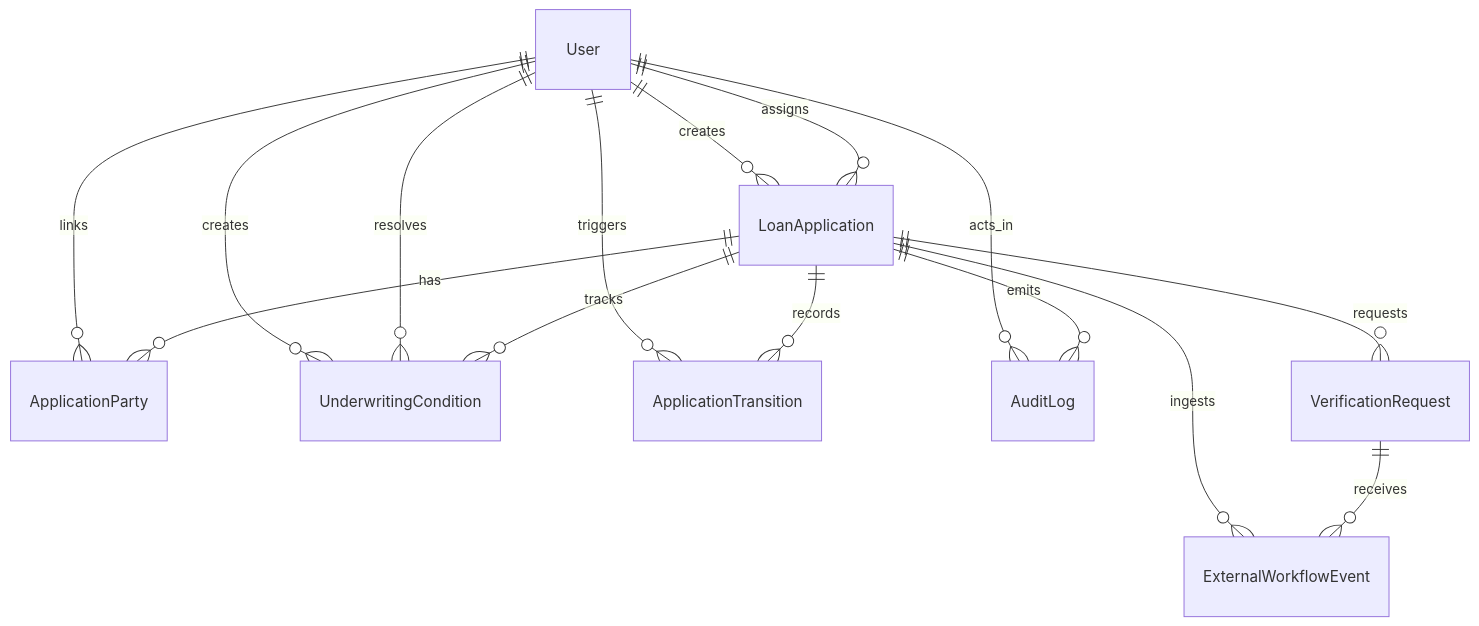
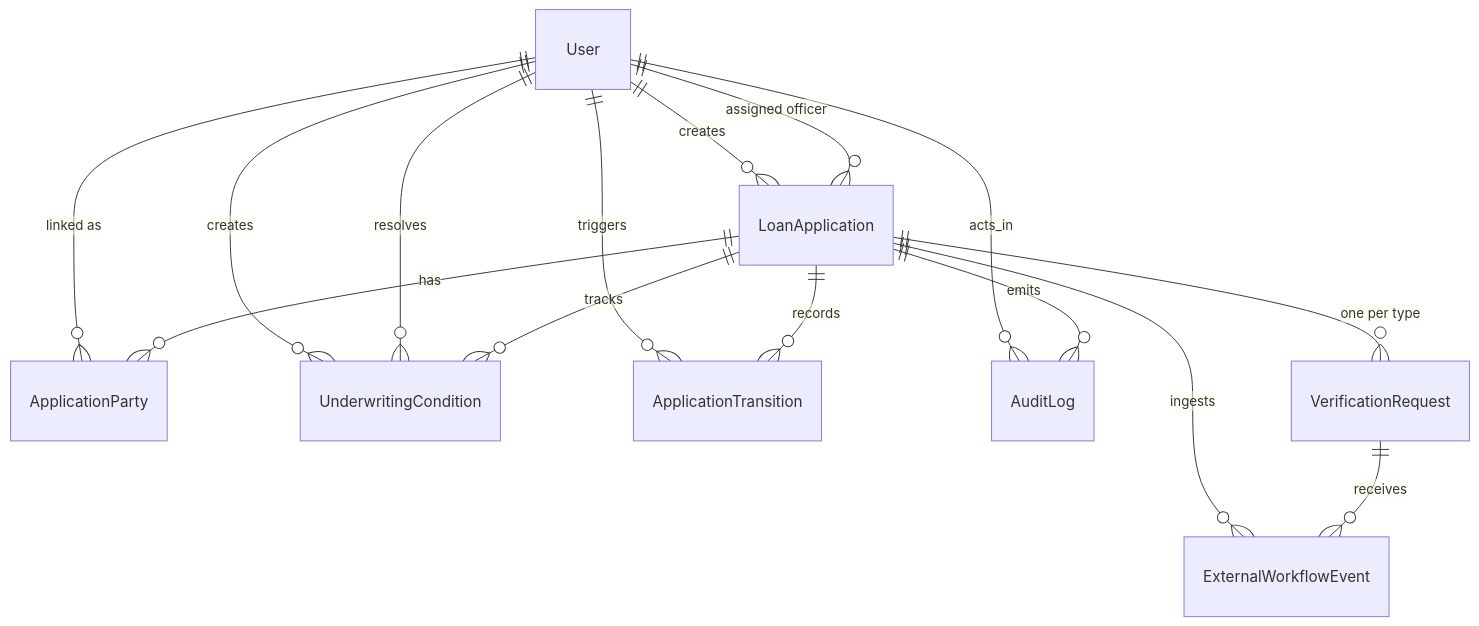
Before and after one commit to elirc/organized-experiment-ww10: the diagram in docs/architecture/domain-model.md, drawn with Mermaid. The commit also changed other lines of this file and 10 other files, not shown here.

````diff
--- a/docs/architecture/domain-model.md
+++ b/docs/architecture/domain-model.md
@@ -3,18 +5,18 @@
 ```mermaid
 erDiagram
   User ||--o{ LoanApplication : creates
-  User ||--o{ LoanApplication : assigns
-  User ||--o{ ApplicationParty : links
+  User ||--o{ LoanApplication : "assigned officer"
+  User ||--o{ ApplicationParty : "linked as"
   User ||--o{ UnderwritingCondition : creates
   User ||--o{ UnderwritingCondition : resolves
   User ||--o{ ApplicationTransition : triggers
   User ||--o{ AuditLog : acts_in
 
   LoanApplication ||--o{ ApplicationParty : has
-  LoanApplication ||--o{ VerificationRequest : requests
+  LoanApplication ||--o{ VerificationRequest : "one per type"
   LoanApplication ||--o{ UnderwritingCondition : tracks
   LoanApplication ||--o{ ApplicationTransition : records
   LoanApplication ||--o{ ExternalWorkflowEvent : ingests
   LoanApplication ||--o{ AuditLog : emits
   VerificationRequest ||--o{ ExternalWorkflowEvent : receives
 ```
````
